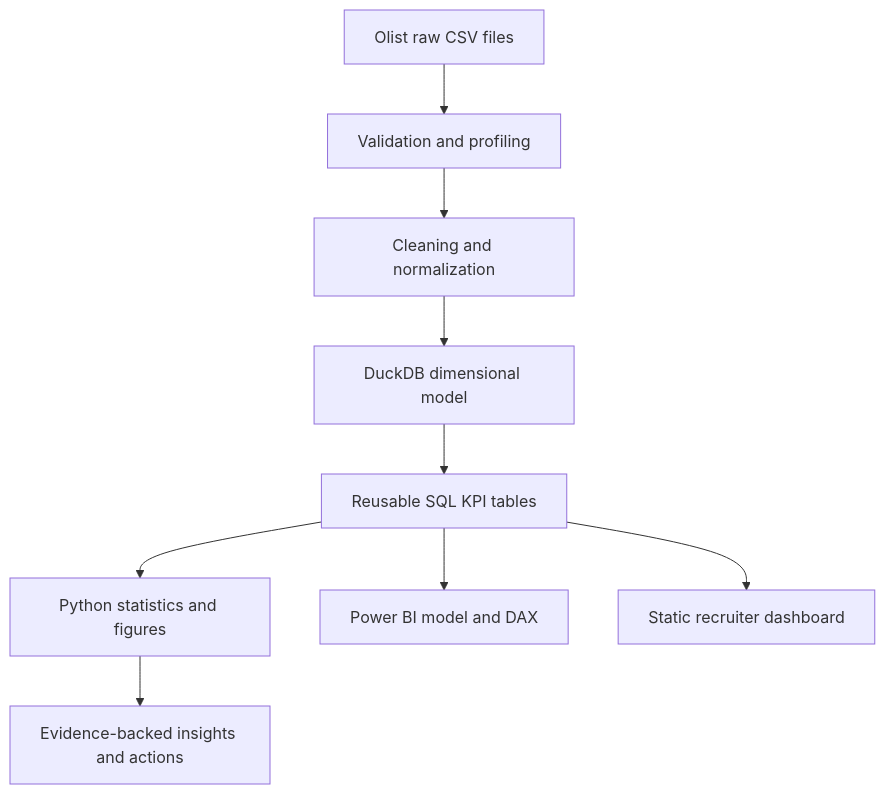
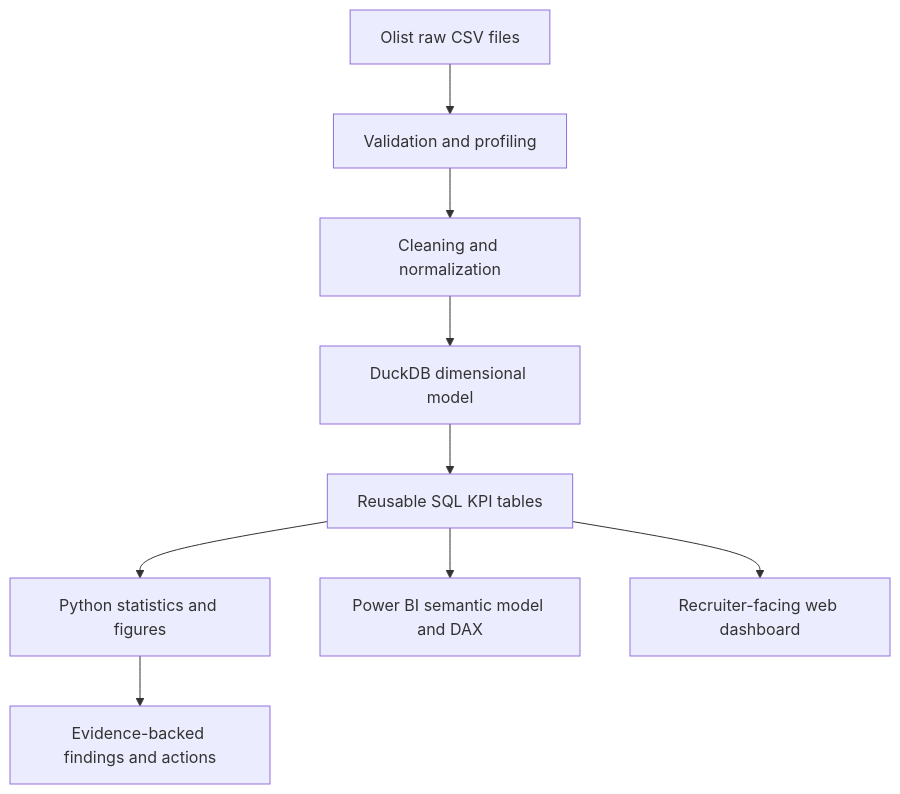
Before and after one commit to Pavithran-R-A/olist-marketplace-analytics: the diagram in README.md, drawn with Mermaid. The commit also changed other lines of this file and 7 other files, not shown here.

````diff
--- a/README.md
+++ b/README.md
@@ -13,11 +40,11 @@
 ```mermaid
 flowchart TD
   A[Olist raw CSV files] --> B[Validation and profiling]
   B --> C[Cleaning and normalization]
   C --> D[DuckDB dimensional model]
   D --> E[Reusable SQL KPI tables]
   E --> F[Python statistics and figures]
-  E --> G[Power BI model and DAX]
-  E --> H[Static recruiter dashboard]
-  F --> I[Evidence-backed insights and actions]
+  E --> G[Power BI semantic model and DAX]
+  E --> H[Recruiter-facing web dashboard]
+  F --> I[Evidence-backed findings and actions]
 ```
````
